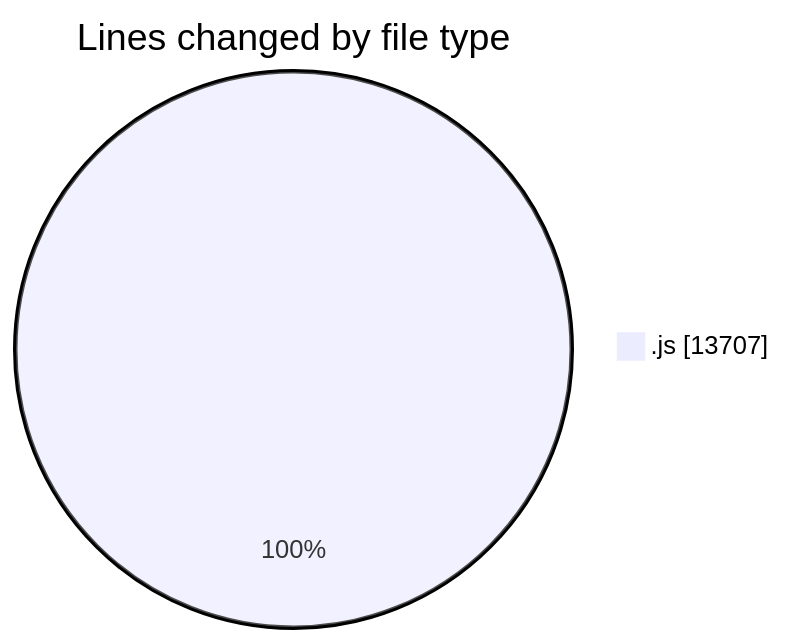
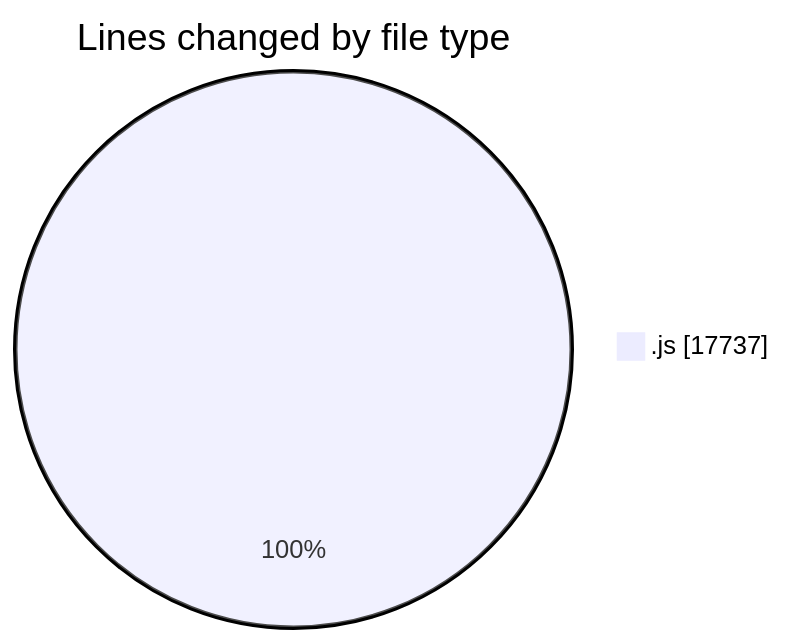
One commit to nxtqubesakshisongat/code-tracking changed the first of 2 diagrams in 2025-09-30/nxtqube_webapp/README.md. Above: the diagram before and after it, drawn with Mermaid. The commit also changed other lines of this file and 1 other file, not shown here.

````diff
--- a/2025-09-30/nxtqube_webapp/README.md
+++ b/2025-09-30/nxtqube_webapp/README.md
@@ -20,5 +20,5 @@
 ```mermaid
 pie showData
 title Lines changed by file type
-".js" : 13707
+".js" : 17737
 ```
````
